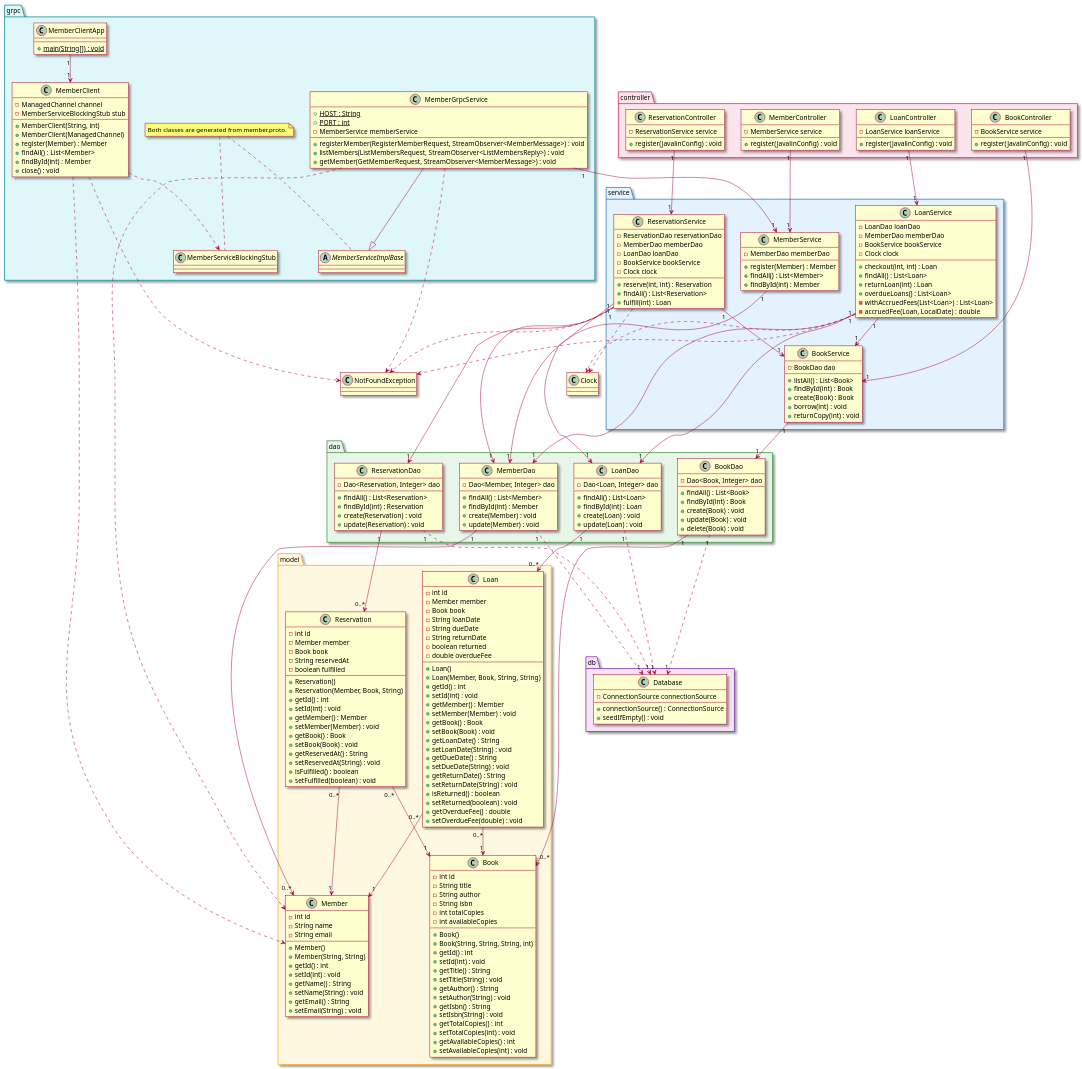
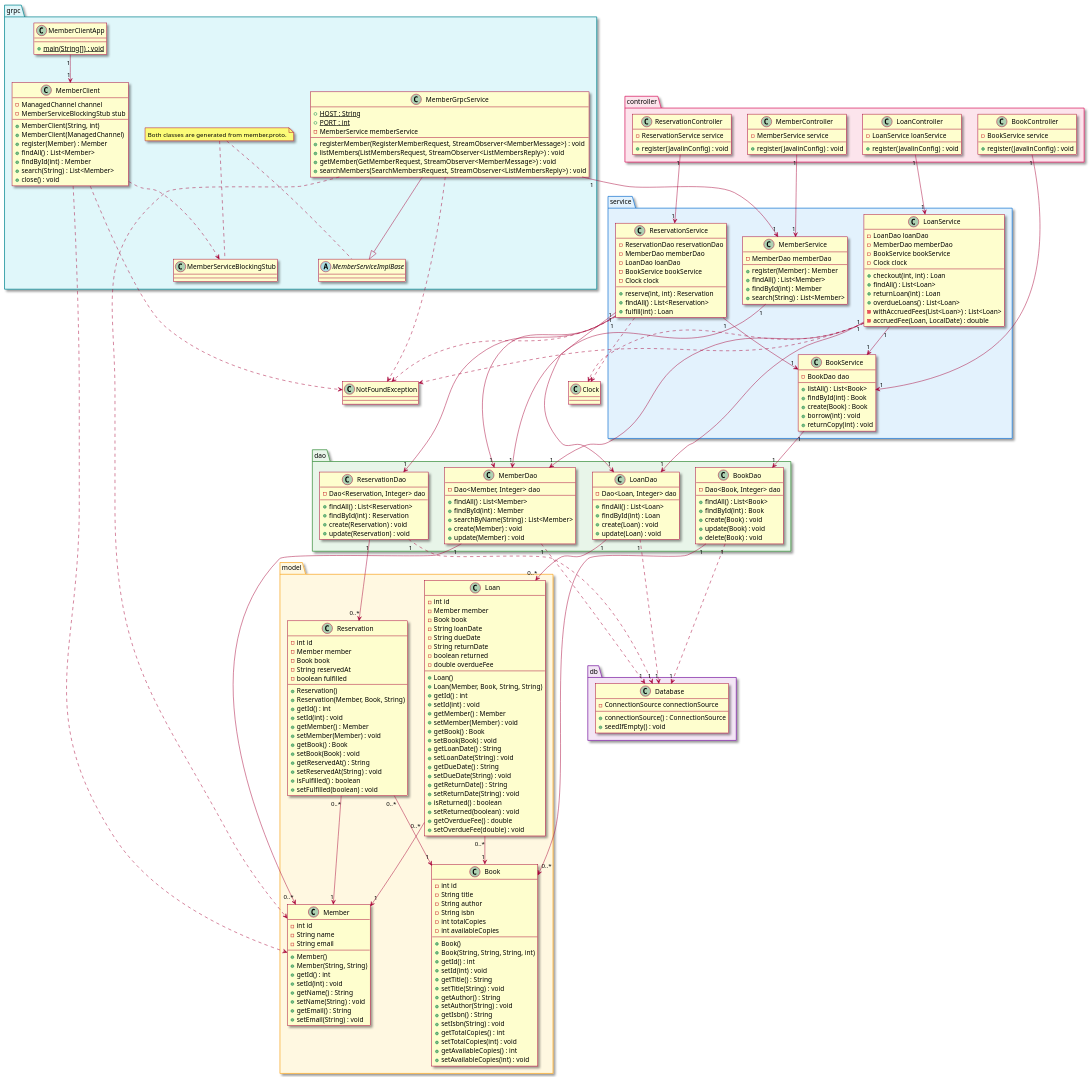
Before and after one commit to Andoniprog/Tarea_3_AS_Andoni_Madrid: the diagram in docs/class-diagram.puml, drawn with PlantUML. The commit also changed 2 other files, not shown here.

Commit message:
test: agregar MemberSearchTest y documentar SearchMembers (change 11)
MemberSearchTest cubre los siete casos de aceptacion a traves del
transporte in-process: "ada", "ADA", " ada ", "a" ordenado por id,
"zzz" vacio, "%" y "_" literales, y "" o " " como
IllegalArgumentException desde INVALID_ARGUMENT. Ademas verifica que
"%" encuentre un nombre que lo contiene. README y diagrama incluyen la
nueva RPC.

```diff
--- a/docs/class-diagram.puml
+++ b/docs/class-diagram.puml
@@ -81,6 +81,7 @@
   + register(Member) : Member
   + findAll() : List<Member>
   + findById(int) : Member
+  + search(String) : List<Member>
   }
 
   class ReservationService {
@@ -109,6 +110,7 @@
     - Dao<Member, Integer> dao
     + findAll() : List<Member>
     + findById(int) : Member
+    + searchByName(String) : List<Member>
     + create(Member) : void
     + update(Member) : void
   }
@@ -234,6 +236,7 @@
     + registerMember(RegisterMemberRequest, StreamObserver<MemberMessage>) : void
     + listMembers(ListMembersRequest, StreamObserver<ListMembersReply>) : void
     + getMember(GetMemberRequest, StreamObserver<MemberMessage>) : void
+    + searchMembers(SearchMembersRequest, StreamObserver<ListMembersReply>) : void
   }
 
   class MemberClient {
@@ -244,6 +247,7 @@
     + register(Member) : Member
     + findAll() : List<Member>
     + findById(int) : Member
+    + search(String) : List<Member>
     + close() : void
   }
 
```
